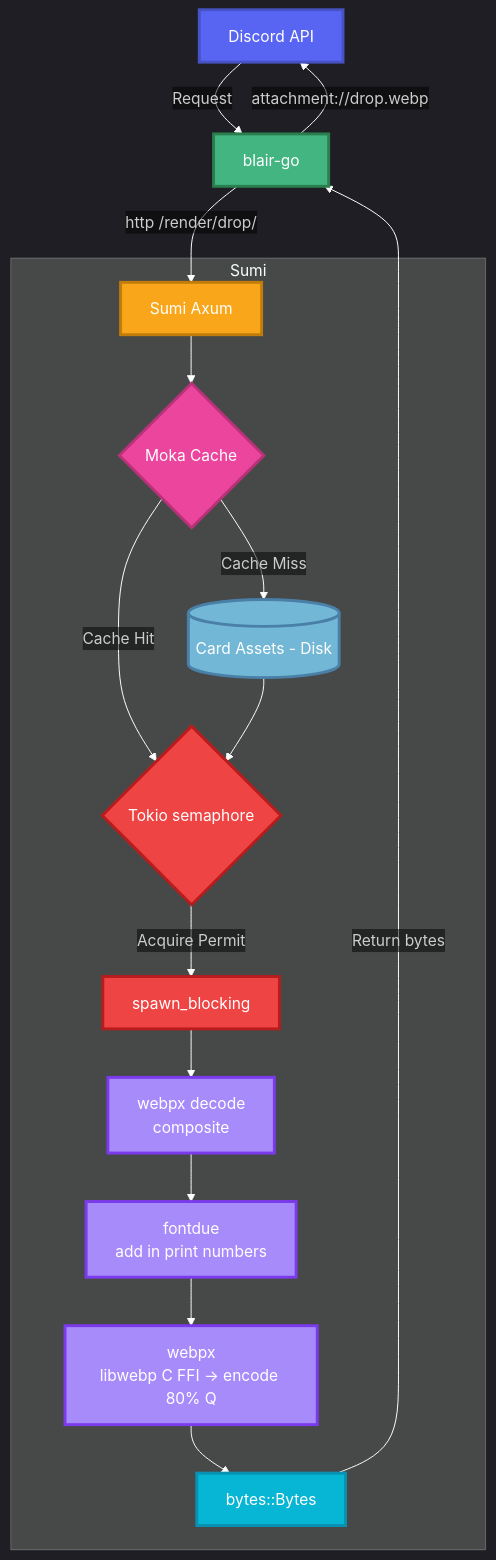
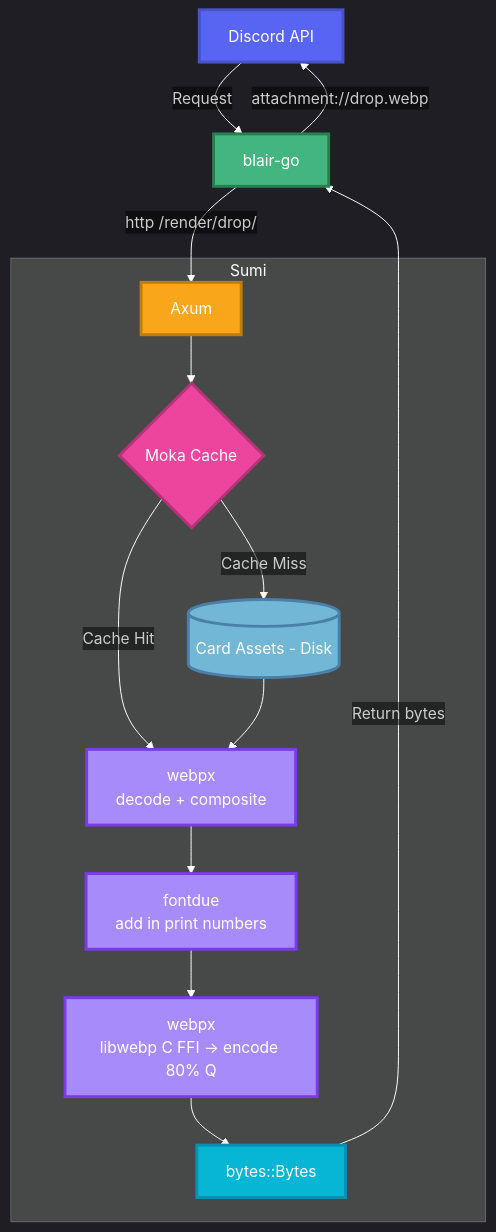
One commit to clarinep/sumi changed the diagram in README.md. Above: the diagram before and after it, drawn with Mermaid. The commit also changed other lines of this file, not shown here.

Commit message:
feat: add benchmres also just simplify mermaid a bit

````diff
--- a/README.md
+++ b/README.md
@@ -51,65 +55,58 @@
 ```mermaid
 ---
 config:
   theme: dark
   themeVariables:
     primaryColor: "#1E1E1E"
     primaryTextColor: "#FFFFFF"
     lineColor: "#FFFFFF"
     tertiaryTextColor: "#FFFFFF"
     edgeLabelBackground: "transparent"
   padding: 30
 ---
 graph TD
     DiscordAPI[Discord API]
     BlairGo[blair-go]
-    Sumi[Sumi Axum]
+    Sumi[Axum]
     MokaCache{Moka Cache}
     CardAssets[(Card Assets - Disk)]
-    Semaphore{Tokio semaphore}
-    SpawnBlocking[spawn_blocking]
-    ImageCrate[webpx decode<br/> composite]
+    ImageCrate[webpx<br/>decode + composite]
     Fontdue[fontdue<br/>add in print numbers]
     Webpx[webpx<br/>libwebp C FFI -> encode 80% Q]
     BytesOutput[bytes::Bytes]
 
     DiscordAPI -->|Request| BlairGo
     BlairGo -->|http /render/drop/| Sumi
 
     subgraph SumiRenderer["Sumi"]
         Sumi --> MokaCache
         MokaCache -->|Cache Miss| CardAssets
-        MokaCache -->|Cache Hit| Semaphore
-        CardAssets --> Semaphore
-        Semaphore -->|Acquire Permit| SpawnBlocking
-        SpawnBlocking --> ImageCrate
+        MokaCache -->|Cache Hit| ImageCrate
+        CardAssets --> ImageCrate
         ImageCrate --> Fontdue
         Fontdue --> Webpx
         Webpx --> BytesOutput
     end
 
     BytesOutput -->|Return bytes| BlairGo
     BlairGo -->|attachment://drop.webp| DiscordAPI
 
     classDef discord fill:#5865F2,stroke:#4752C4,color:#fff,stroke-width:3px
     classDef bot fill:#43B581,stroke:#2A7F4E,color:#fff,stroke-width:3px
     classDef service fill:#FAA61A,stroke:#C17D0A,color:#fff,stroke-width:3px
     classDef cache fill:#EB459E,stroke:#B83279,color:#fff,stroke-width:3px
     classDef decision fill:#EB459E,stroke:#B83279,color:#fff,stroke-width:3px
     classDef storage fill:#72B7D6,stroke:#4A7FA7,color:#fff,stroke-width:3px
     classDef processing fill:#A78BFA,stroke:#7C3AED,color:#fff,stroke-width:3px
     classDef output fill:#06B6D4,stroke:#0891B2,color:#fff,stroke-width:3px
-    classDef control fill:#EF4444,stroke:#B91C1C,color:#fff,stroke-width:3px
 
     class DiscordAPI discord
     class BlairGo bot
     class Sumi service
     class MokaCache decision
     class CardAssets storage
-    class Semaphore control
-    class SpawnBlocking control
     class ImageCrate processing
     class Fontdue processing
     class Webpx processing
     class BytesOutput output
-```
+ ``` 
````
